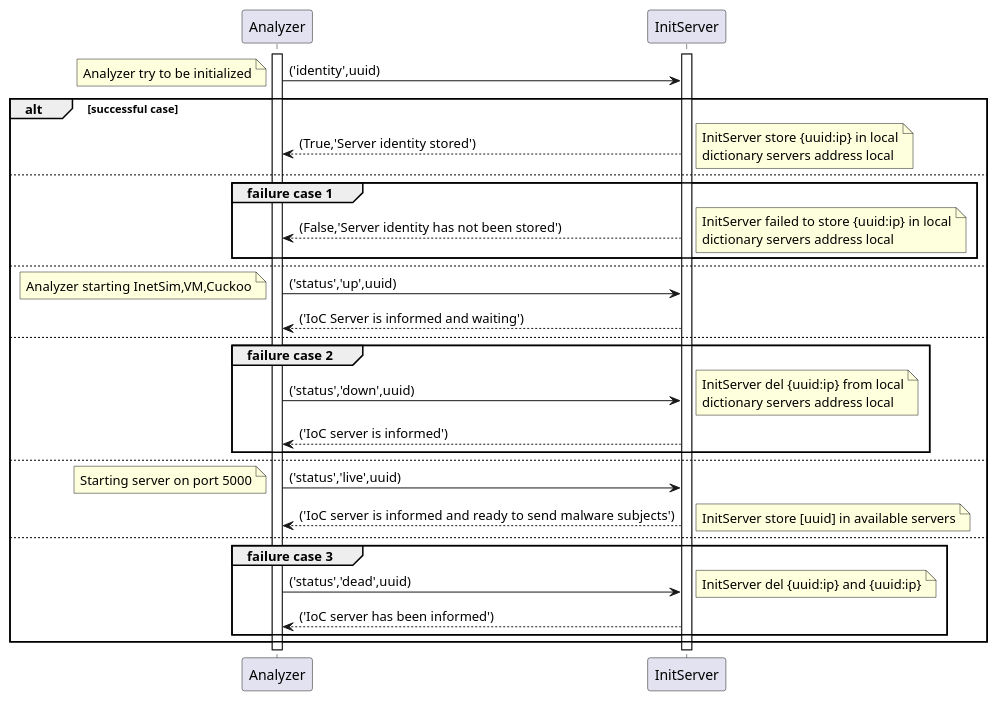
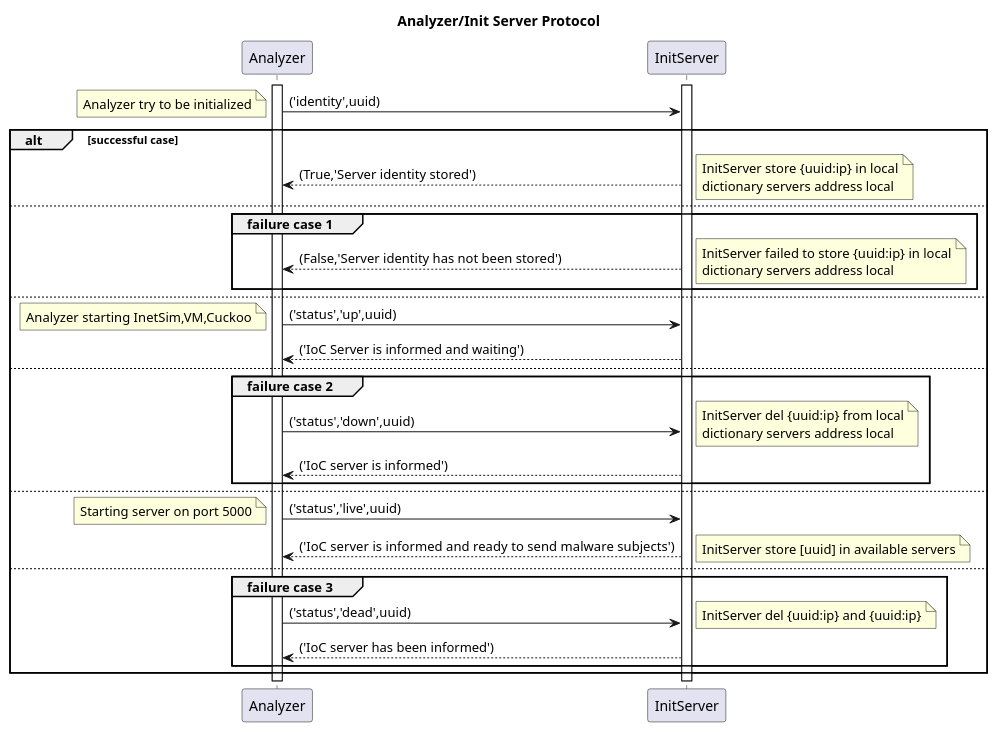
The diagram in automatic_maec_ioc/uml/client_initserver_protocol.puml (GeorgeSakUOM/thesis_public), drawn with PlantUML before and after one commit. The commit also changed 18 other files, not shown here.

```diff
--- a/automatic_maec_ioc/uml/client_initserver_protocol.puml
+++ b/automatic_maec_ioc/uml/client_initserver_protocol.puml
@@ -1,42 +1,43 @@
 @startuml
+title Analyzer/Init Server Protocol
 activate Analyzer
 activate InitServer
 Analyzer->InitServer:('identity',uuid)
 note left:Analyzer try to be initialized
 alt successful case
     InitServer-->Analyzer:(True,'Server identity stored')
     note right:InitServer store {uuid:ip} in local\ndictionary servers address local
 else
     group failure case 1
     InitServer-->Analyzer:(False,'Server identity has not been stored')
     note right:InitServer failed to store {uuid:ip} in local\ndictionary servers address local
     end
 
 else
     activate Analyzer
     Analyzer->InitServer:('status','up',uuid)
     note left:Analyzer starting InetSim,VM,Cuckoo
     InitServer-->Analyzer:('IoC Server is informed and waiting')
 else
     group failure case 2
     Analyzer->InitServer:('status','down',uuid)
     note right:InitServer del {uuid:ip} from local\ndictionary servers address local
     InitServer-->Analyzer:('IoC server is informed')
     end
 else
     Analyzer->InitServer:('status','live',uuid)
     note left:Starting server on port 5000
     InitServer-->Analyzer:('IoC server is informed and ready  to send malware subjects')
     note right: InitServer store [uuid] in available servers
 else
     group failure case 3
     Analyzer->InitServer:('status','dead',uuid)
     note right:InitServer del {uuid:ip} and {uuid:ip}
     InitServer-->Analyzer:('IoC server has been informed')
     end
 end
 
 
 
 
 @enduml
```
